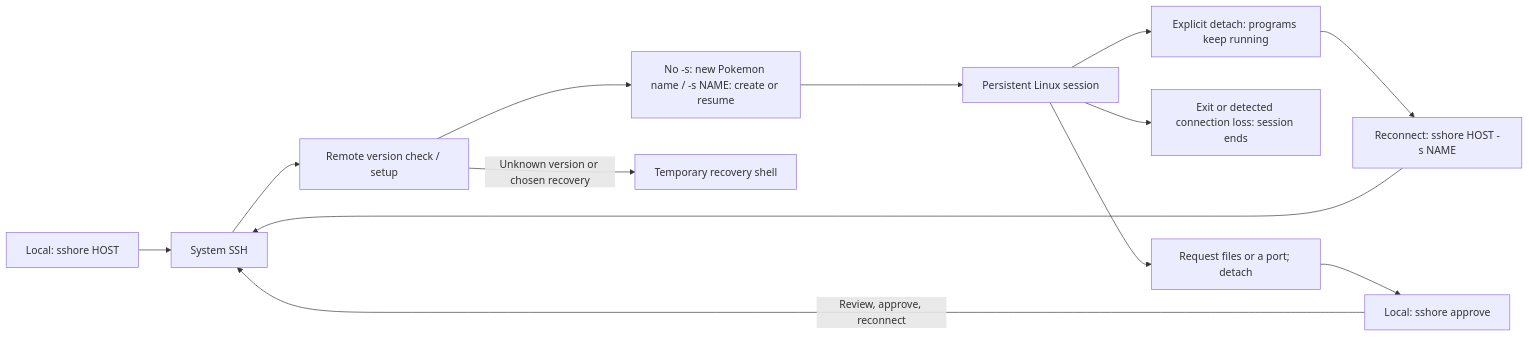
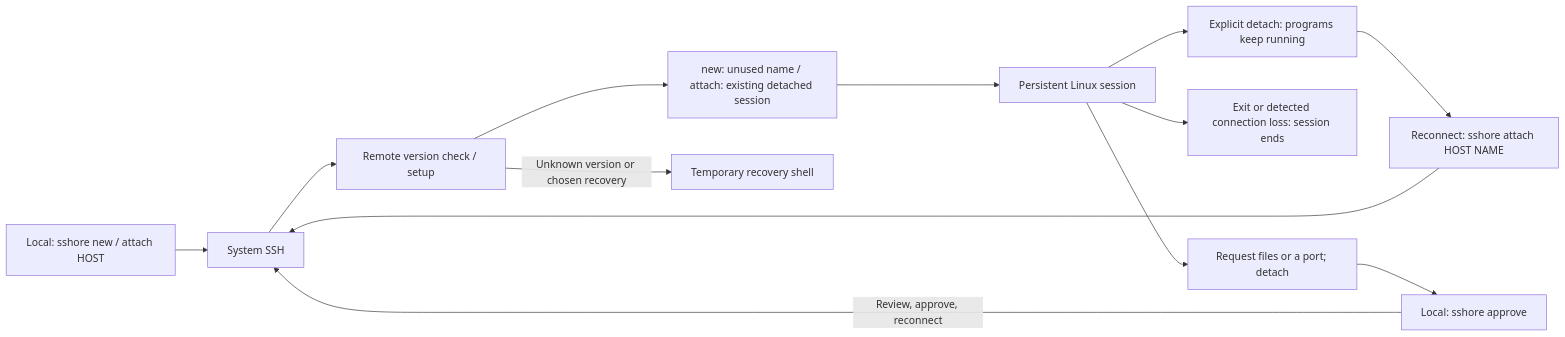
One commit to jay-waves/sshore changed the diagram in README.md. Above: the diagram before and after it, drawn with Mermaid. The commit also changed other lines of this file and 15 other files, not shown here.

Commit message:
Separate new, list, and attach session commands

````diff
--- a/README.md
+++ b/README.md
@@ -23,15 +28,15 @@
 ```mermaid
 flowchart LR
-    local["Local: sshore HOST"] --> ssh["System SSH"]
+    local["Local: sshore new / attach HOST"] --> ssh["System SSH"]
     ssh --> setup["Remote version check / setup"]
-    setup --> select["No -s: new Pokemon name / -s NAME: create or resume"]
+    setup --> select["new: unused name / attach: existing detached session"]
     select --> session["Persistent Linux session"]
     setup -->|"Unknown version or chosen recovery"| recovery["Temporary recovery shell"]
     session --> detach["Explicit detach: programs keep running"]
     session --> ended["Exit or detected connection loss: session ends"]
-    detach --> resume["Reconnect: sshore HOST -s NAME"]
+    detach --> resume["Reconnect: sshore attach HOST NAME"]
     resume --> ssh
     session --> request["Request files or a port; detach"]
     request --> approve["Local: sshore approve"]
     approve -->|"Review, approve, reconnect"| ssh
 ```
````
